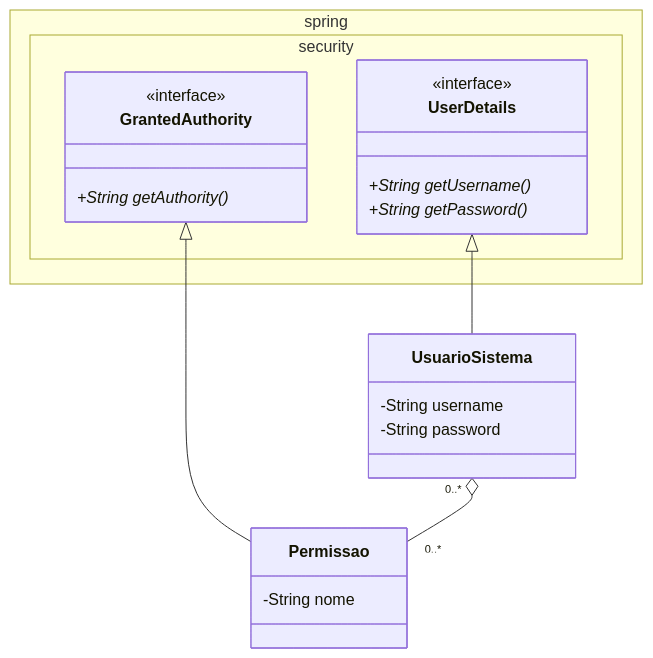
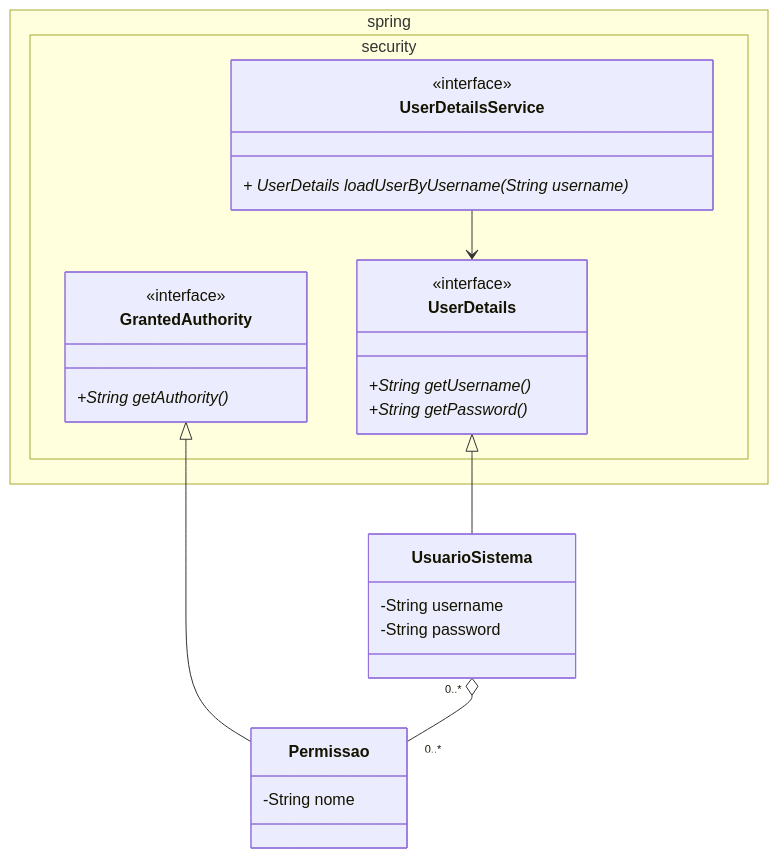
One commit to ftsuda-senac/dicas-desenvolvimento changed the third of 3 diagrams in Dicas-e-Tutoriais-Spring.md. Above: the diagram before and after it, drawn with Mermaid.

````diff
--- a/Dicas-e-Tutoriais-Spring.md
+++ b/Dicas-e-Tutoriais-Spring.md
@@ -258,31 +258,36 @@
     ```mermaid
    ---
      config:
        class:
          hideEmptyMembersBox: true
    ---
    classDiagram
        namespace spring.security {
+           class UserDetailsService {
+               <<interface>>
+               + UserDetails loadUserByUsername(String username)*
+           }
            class UserDetails {
                <<interface>>
                +String getUsername()*
                +String getPassword()*
            }
    
            class GrantedAuthority {
                <<interface>>
                +String getAuthority()*
            }
        }
        
        class UsuarioSistema {
            -String username
            -String password
        }
        class Permissao {
            -String nome
        }
+       UserDetailsService --> UserDetails
        UserDetails <|-- UsuarioSistema
        GrantedAuthority <|-- Permissao
        UsuarioSistema  "0..*" o-- "0..*" Permissao
     ```
````
